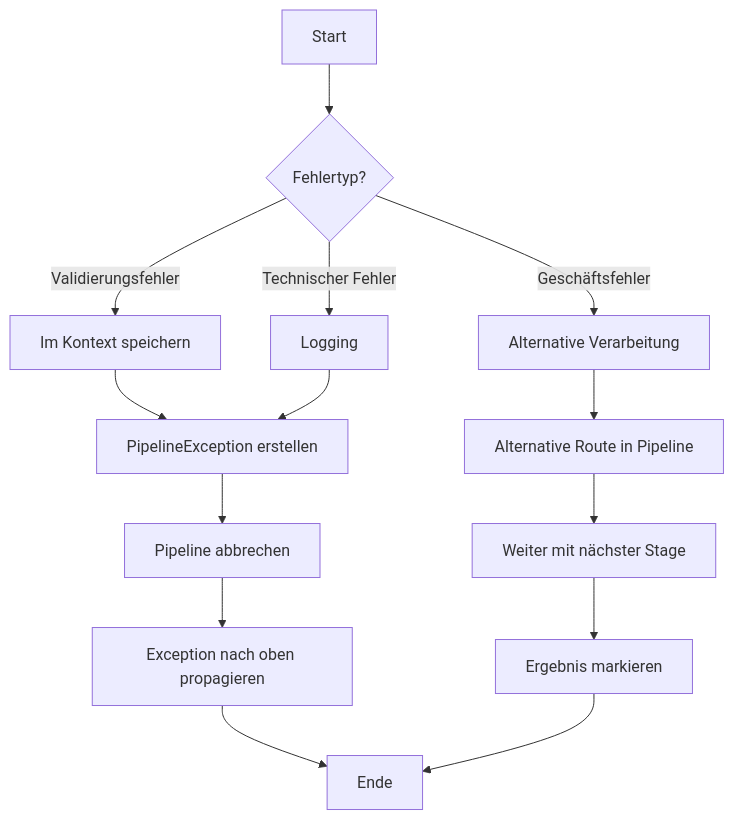
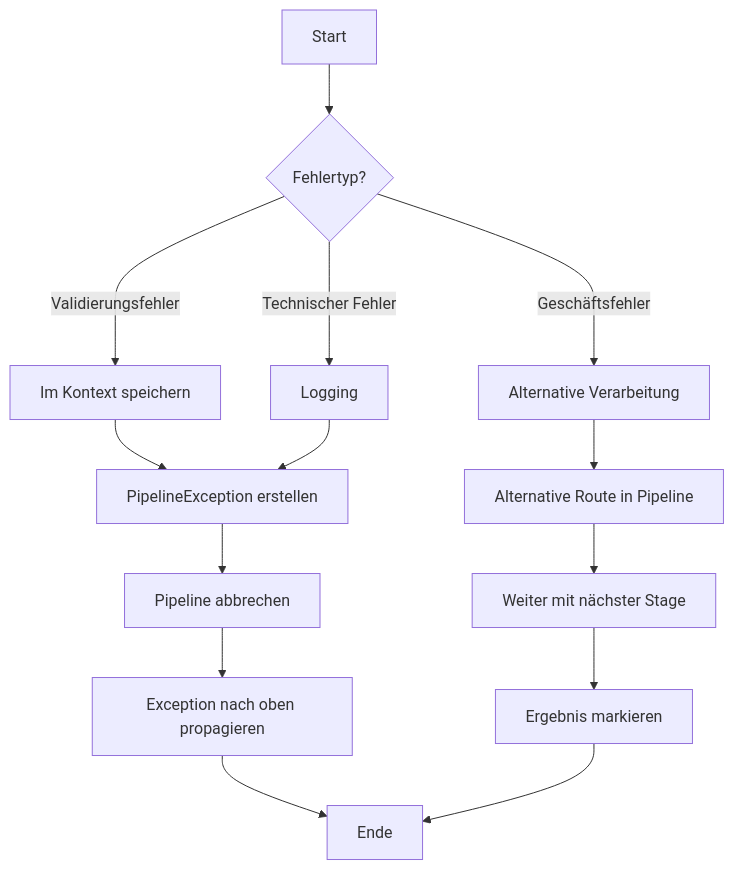
One commit to scimbe/VS_Pattern_By_KI changed diagram 14 of 14 in Pipeline/docs/README.md. Above: the diagram before and after it, drawn with Mermaid. The commit also changed other lines of this file, not shown here.

````diff
--- a/Pipeline/docs/README.md
+++ b/Pipeline/docs/README.md
@@ -434,21 +434,21 @@
 ```mermaid
 flowchart TD
     A[Start] --> B{Fehlertyp?}
     
-    B --> |Validierungsfehler| C[Im Kontext speichern]
-    B --> |Technischer Fehler| D[Logging]
-    B --> |Geschäftsfehler| E[Alternative Verarbeitung]
+    B ---> |Validierungsfehler| C[Im Kontext speichern]
+    B ---> |Technischer Fehler| D[Logging]
+    B ---> |Geschäftsfehler| E[Alternative Verarbeitung]
     
     C --> F[PipelineException erstellen]
     D --> F
     E --> G[Alternative Route in Pipeline]
     
     F --> H[Pipeline abbrechen]
     G --> I[Weiter mit nächster Stage]
     
     H --> J[Exception nach oben propagieren]
     I --> K[Ergebnis markieren]
     
     J --> L[Ende]
     K --> L
 ```
````
